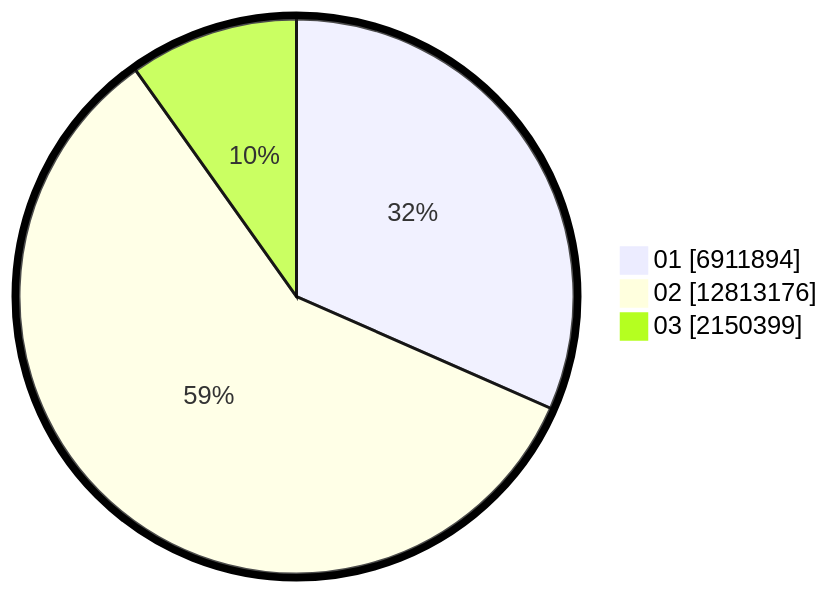
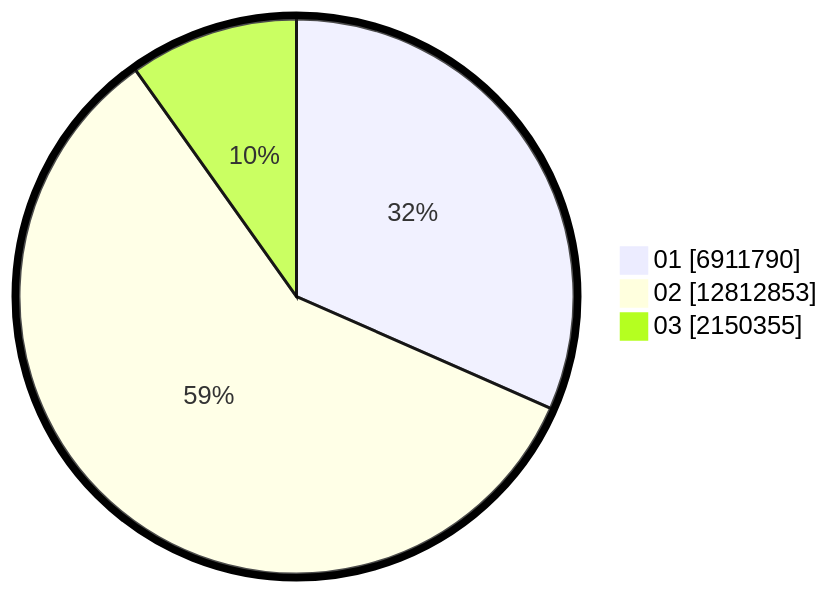
One commit to gigit-pemilu/pemilu-2024 changed the second of 2 diagrams in pilpres/hitung-suara/sub/table-wilayah-32.md. Above: the diagram before and after it, drawn with Mermaid. The commit also changed other lines of this file and 5 other files, not shown here.

````diff
--- a/pilpres/hitung-suara/sub/table-wilayah-32.md
+++ b/pilpres/hitung-suara/sub/table-wilayah-32.md
@@ -15,7 +15,7 @@
 ```mermaid
 %%{init: {"pie": {"textPosition": 0.5}, "themeVariables": {"pieOuterStrokeWidth": "5px"}} }%%
 pie showData
-    "01" : 6911894
-    "02" : 12813176
-    "03" : 2150399
+    "01" : 6911790
+    "02" : 12812853
+    "03" : 2150355
 ```
````
